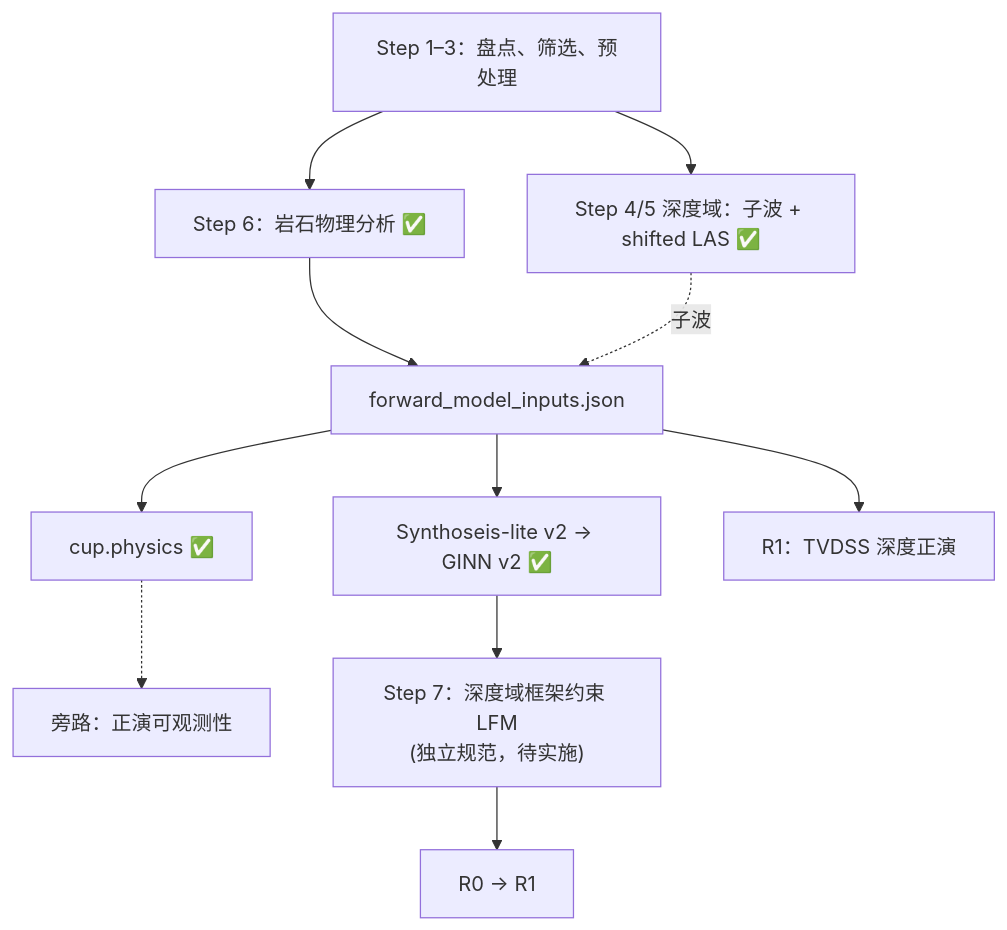
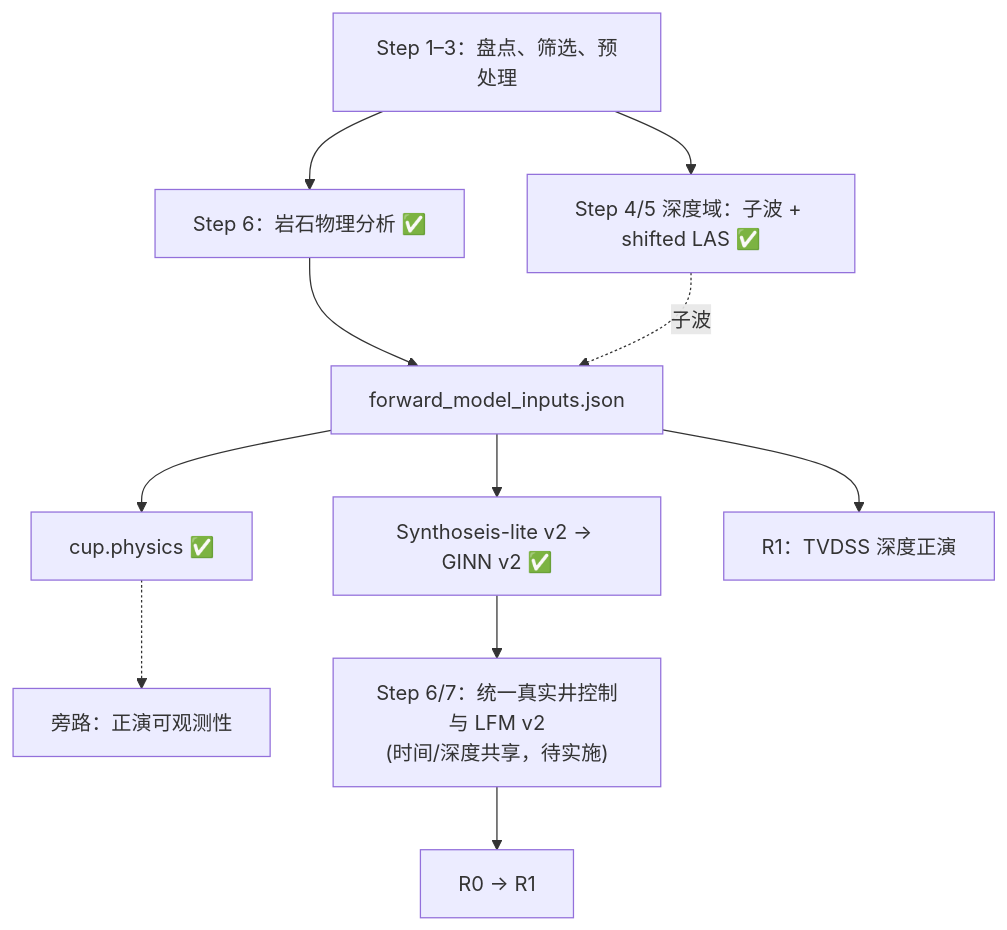
Before and after one commit to oimero/inversion_workflow: the diagram in docs/spec/DEPTH_DOMAIN_FORWARD_REFACTOR.md, drawn with Mermaid. The commit also changed other lines of this file and 8 other files, not shown here.

````diff
--- a/docs/spec/DEPTH_DOMAIN_FORWARD_REFACTOR.md
+++ b/docs/spec/DEPTH_DOMAIN_FORWARD_REFACTOR.md
@@ -262,13 +262,13 @@
 ```mermaid
 flowchart TD
     A["Step 1–3：盘点、筛选、预处理"] --> B["Step 4/5 深度域：子波 + shifted LAS ✅"]
     A --> C["Step 6：岩石物理分析 ✅"]
     C --> D["forward_model_inputs.json"]
     B -.->|子波| D
     D --> E["cup.physics ✅"]
     D --> F["Synthoseis-lite v2 → GINN v2 ✅"]
     D --> G["R1：TVDSS 深度正演"]
     E -.-> H["旁路：正演可观测性"]
-    F --> I["Step 7：深度域框架约束 LFM<br/>(独立规范，待实施)"]
+    F --> I["Step 6/7：统一真实井控制与 LFM v2<br/>(时间/深度共享，待实施)"]
     I --> J["R0 → R1"]
 ```
````
